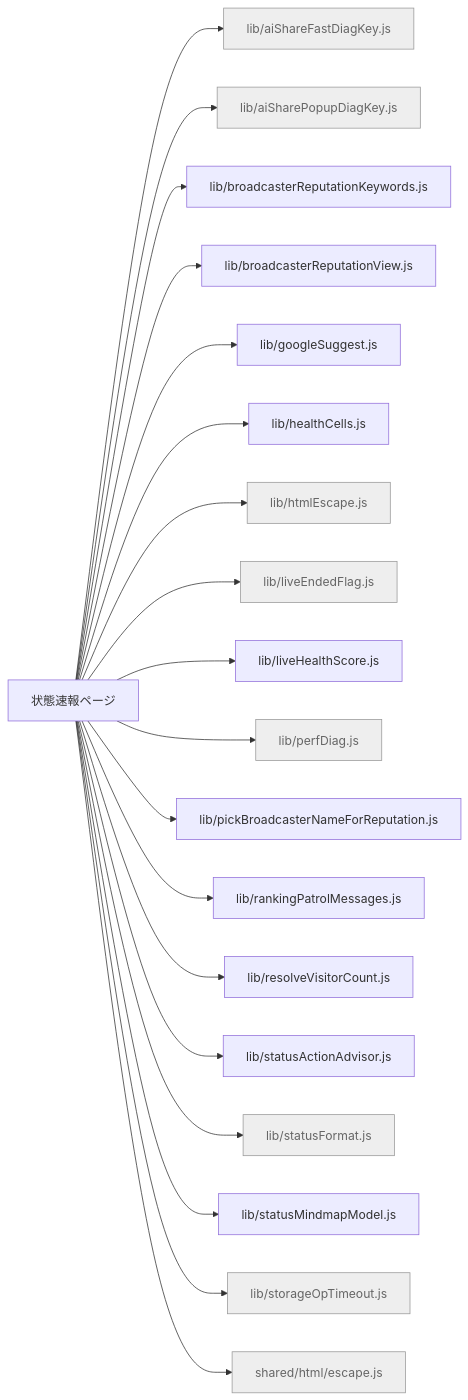
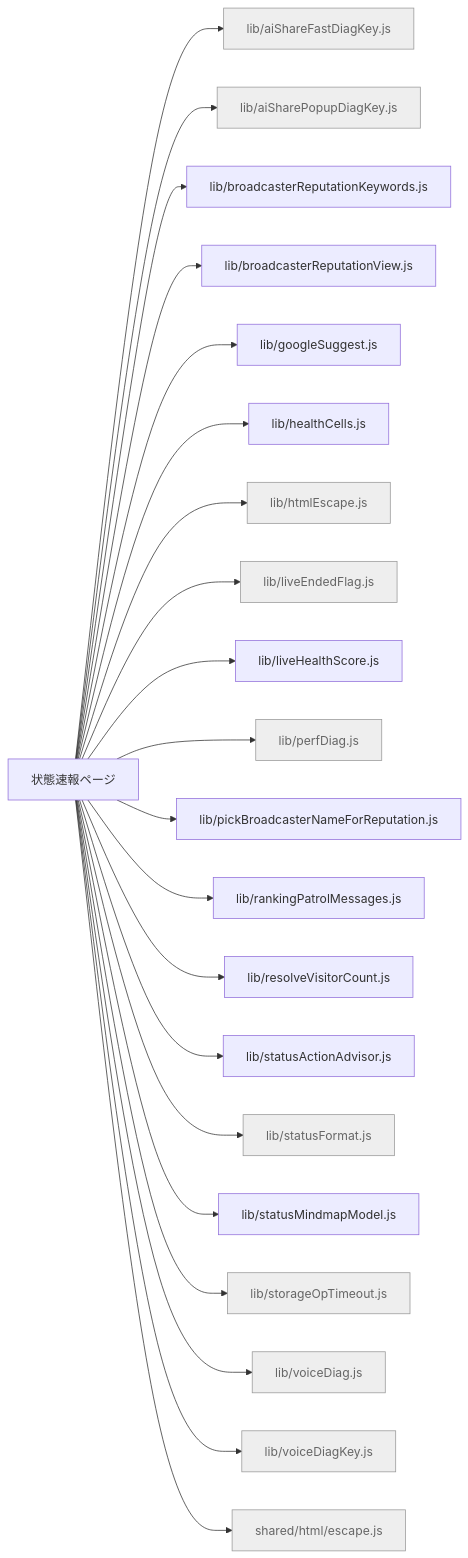
The diagram in docs/feature-map/status.md (kimito-link/tsuioku-no-kirameki.com), drawn with Mermaid before and after one commit. The commit also changed other lines of this file and 22 other files, not shown here.

````diff
--- a/docs/feature-map/status.md
+++ b/docs/feature-map/status.md
@@ -13,23 +13,25 @@
 ```mermaid
 graph LR
   n_status["状態速報ページ"]
   n_status --> n_src_lib_aiShareFastDiagKey_js["lib/aiShareFastDiagKey.js"]:::shared
   n_status --> n_src_lib_aiSharePopupDiagKey_js["lib/aiSharePopupDiagKey.js"]:::shared
   n_status --> n_src_lib_broadcasterReputationKeywords_js["lib/broadcasterReputationKeywords.js"]
   n_status --> n_src_lib_broadcasterReputationView_js["lib/broadcasterReputationView.js"]
   n_status --> n_src_lib_googleSuggest_js["lib/googleSuggest.js"]
   n_status --> n_src_lib_healthCells_js["lib/healthCells.js"]
   n_status --> n_src_lib_htmlEscape_js["lib/htmlEscape.js"]:::shared
   n_status --> n_src_lib_liveEndedFlag_js["lib/liveEndedFlag.js"]:::shared
   n_status --> n_src_lib_liveHealthScore_js["lib/liveHealthScore.js"]
   n_status --> n_src_lib_perfDiag_js["lib/perfDiag.js"]:::shared
   n_status --> n_src_lib_pickBroadcasterNameForReputation_js["lib/pickBroadcasterNameForReputation.js"]
   n_status --> n_src_lib_rankingPatrolMessages_js["lib/rankingPatrolMessages.js"]
   n_status --> n_src_lib_resolveVisitorCount_js["lib/resolveVisitorCount.js"]
   n_status --> n_src_lib_statusActionAdvisor_js["lib/statusActionAdvisor.js"]
   n_status --> n_src_lib_statusFormat_js["lib/statusFormat.js"]:::shared
   n_status --> n_src_lib_statusMindmapModel_js["lib/statusMindmapModel.js"]
   n_status --> n_src_lib_storageOpTimeout_js["lib/storageOpTimeout.js"]:::shared
+  n_status --> n_src_lib_voiceDiag_js["lib/voiceDiag.js"]:::shared
+  n_status --> n_src_lib_voiceDiagKey_js["lib/voiceDiagKey.js"]:::shared
   n_status --> n_src_shared_html_escape_js["shared/html/escape.js"]:::shared
   classDef shared fill:#eee,stroke:#999,color:#666;
 ```
````
